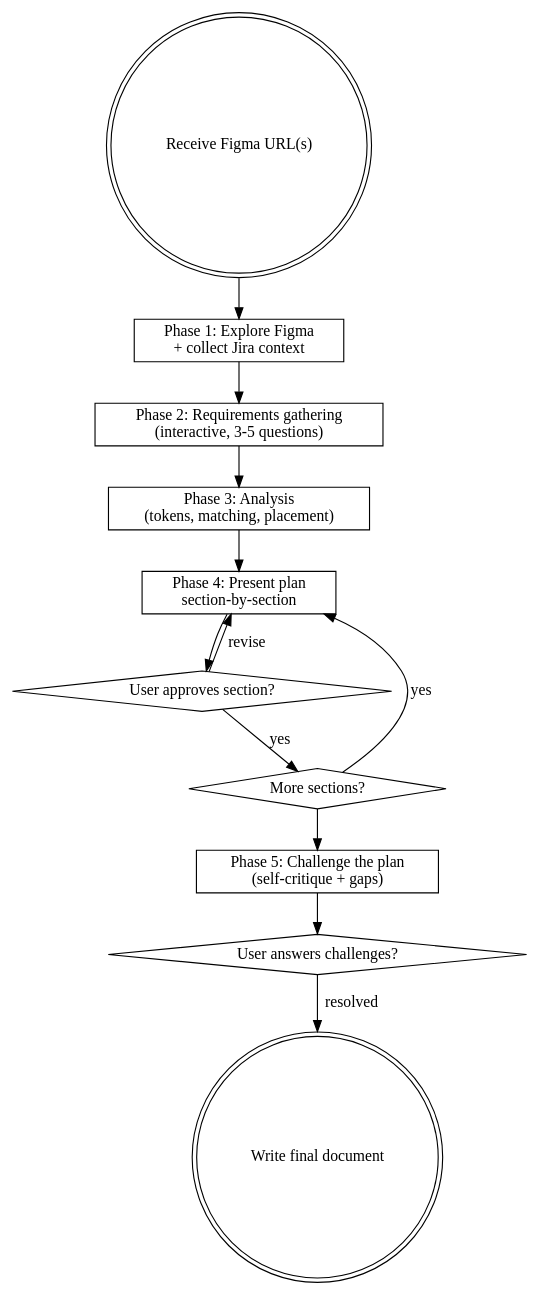
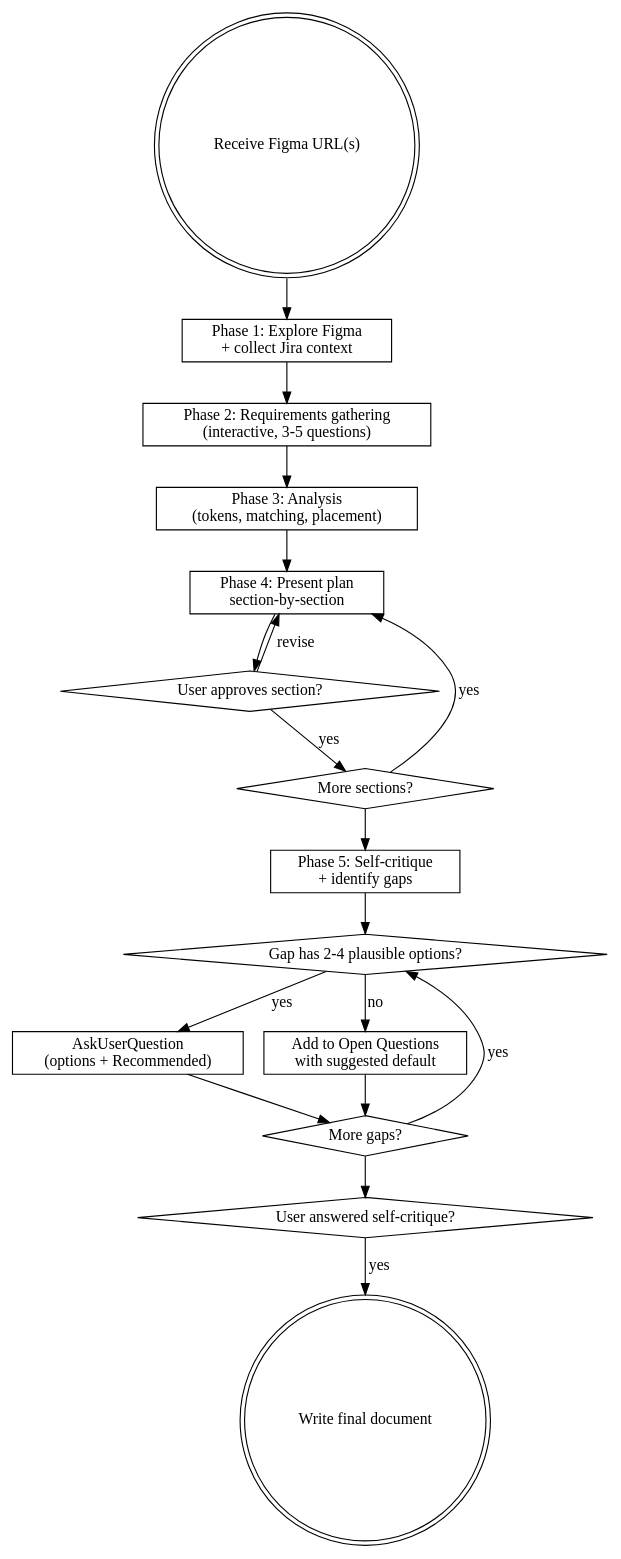
One commit to laioutr/claude-marketplace changed the diagram in plugins/laioutr-developer/skills/figma-design-analysis/SKILL.md. Above: the diagram before and after it, drawn with Graphviz. The commit also changed other lines of this file and 65 other files, not shown here.

````diff
--- a/plugins/laioutr-developer/skills/figma-design-analysis/SKILL.md
+++ b/plugins/laioutr-developer/skills/figma-design-analysis/SKILL.md
@@ -27,28 +27,38 @@
 ```dot
 digraph figma_analysis {
     rankdir=TB;
 
     "Receive Figma URL(s)" [shape=doublecircle];
     "Phase 1: Explore Figma\n+ collect Jira context" [shape=box];
     "Phase 2: Requirements gathering\n(interactive, 3-5 questions)" [shape=box];
     "Phase 3: Analysis\n(tokens, matching, placement)" [shape=box];
     "Phase 4: Present plan\nsection-by-section" [shape=box];
     "User approves section?" [shape=diamond];
     "More sections?" [shape=diamond];
-    "Phase 5: Challenge the plan\n(self-critique + gaps)" [shape=box];
-    "User answers challenges?" [shape=diamond];
+    "Phase 5: Self-critique\n+ identify gaps" [shape=box];
+    "Gap has 2-4 plausible options?" [shape=diamond];
+    "AskUserQuestion\n(options + Recommended)" [shape=box];
+    "Add to Open Questions\nwith suggested default" [shape=box];
+    "More gaps?" [shape=diamond];
+    "User answered self-critique?" [shape=diamond];
     "Write final document" [shape=doublecircle];
 
     "Receive Figma URL(s)" -> "Phase 1: Explore Figma\n+ collect Jira context";
     "Phase 1: Explore Figma\n+ collect Jira context" -> "Phase 2: Requirements gathering\n(interactive, 3-5 questions)";
     "Phase 2: Requirements gathering\n(interactive, 3-5 questions)" -> "Phase 3: Analysis\n(tokens, matching, placement)";
     "Phase 3: Analysis\n(tokens, matching, placement)" -> "Phase 4: Present plan\nsection-by-section";
     "Phase 4: Present plan\nsection-by-section" -> "User approves section?";
     "User approves section?" -> "More sections?" [label="yes"];
     "User approves section?" -> "Phase 4: Present plan\nsection-by-section" [label="revise"];
     "More sections?" -> "Phase 4: Present plan\nsection-by-section" [label="yes"];
-    "More sections?" -> "Phase 5: Challenge the plan\n(self-critique + gaps)";
-    "Phase 5: Challenge the plan\n(self-critique + gaps)" -> "User answers challenges?";
-    "User answers challenges?" -> "Write final document" [label="resolved"];
+    "More sections?" -> "Phase 5: Self-critique\n+ identify gaps";
+    "Phase 5: Self-critique\n+ identify gaps" -> "Gap has 2-4 plausible options?";
+    "Gap has 2-4 plausible options?" -> "AskUserQuestion\n(options + Recommended)" [label="yes"];
+    "Gap has 2-4 plausible options?" -> "Add to Open Questions\nwith suggested default" [label="no"];
+    "AskUserQuestion\n(options + Recommended)" -> "More gaps?";
+    "Add to Open Questions\nwith suggested default" -> "More gaps?";
+    "More gaps?" -> "Gap has 2-4 plausible options?" [label="yes"];
+    "More gaps?" -> "User answered self-critique?";
+    "User answered self-critique?" -> "Write final document" [label="yes"];
 }
 ```
````
